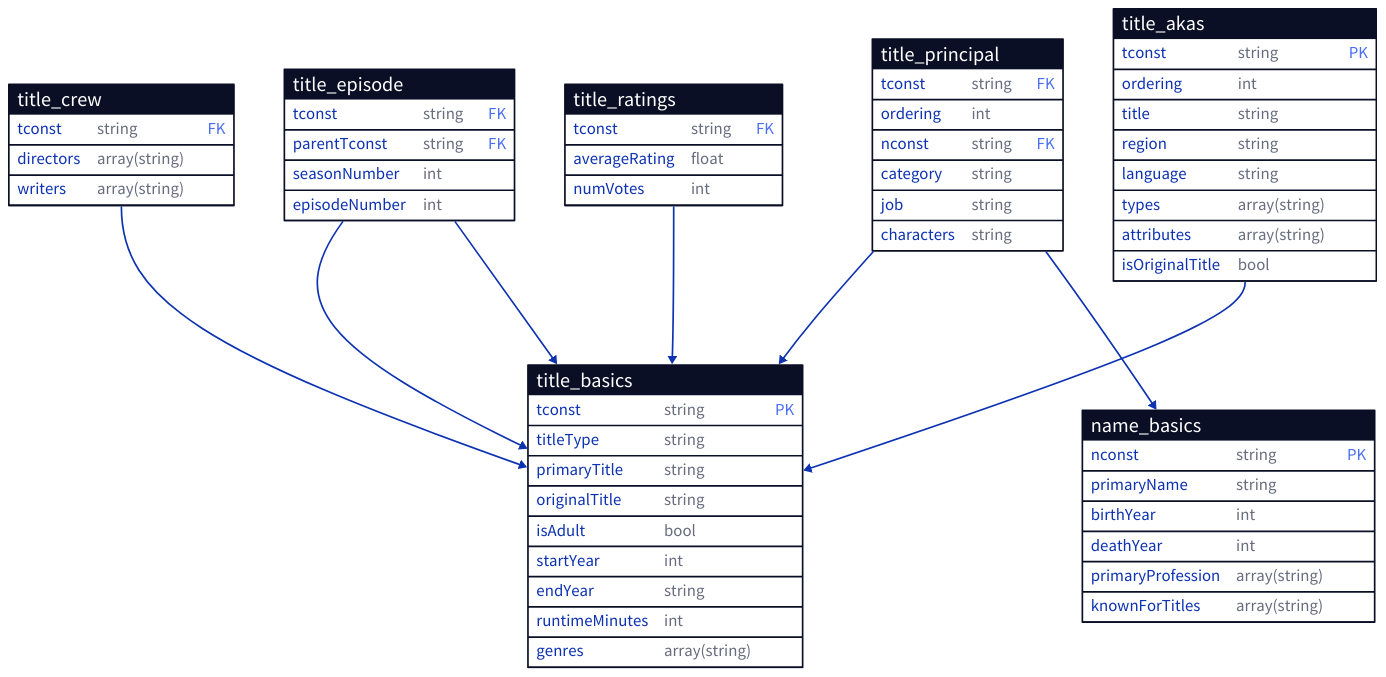
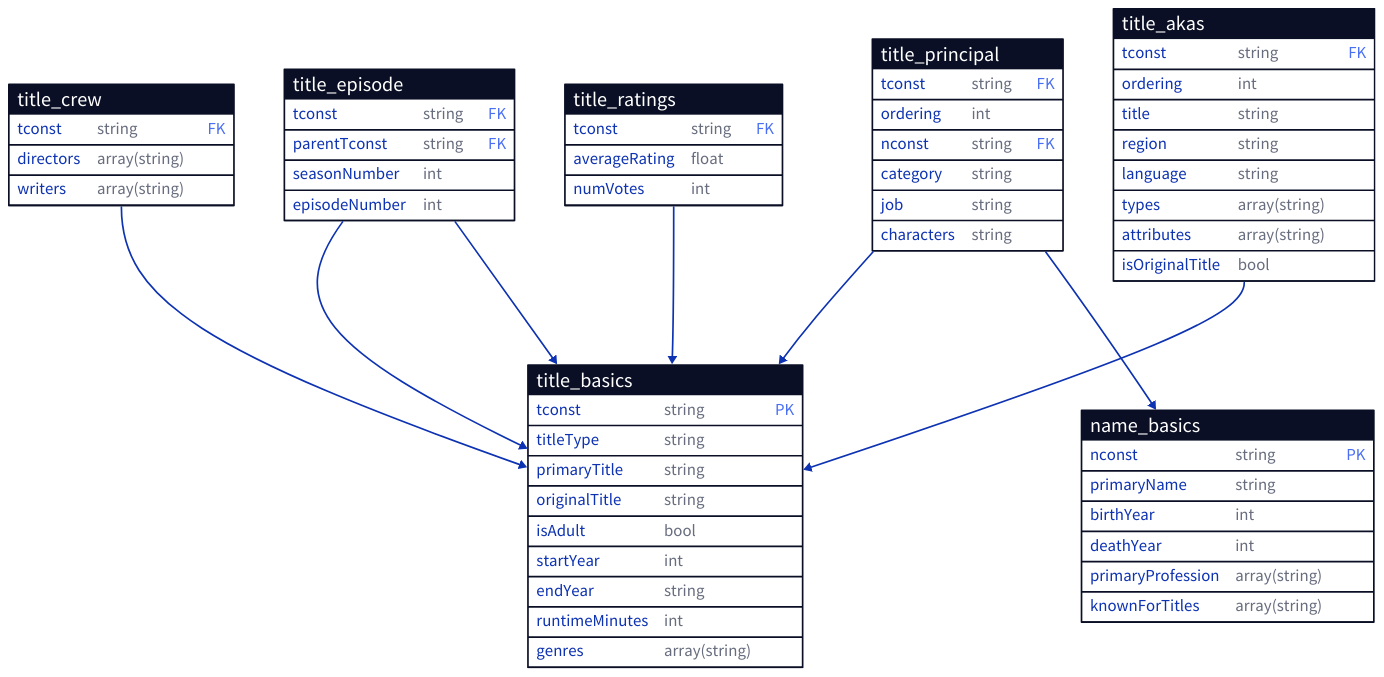
One commit to cenzwong/imdbws-erdigram changed the diagram in imdb.d2. Above: the diagram before and after it, drawn with D2. The commit also changed 6 other files, not shown here.

```diff
--- a/imdb.d2
+++ b/imdb.d2
@@ -1,75 +1,75 @@
 name_basics: {
   shape: sql_table
   nconst: string {constraint: primary_key}
   primaryName: string
   birthYear: int
   deathYear: int
   primaryProfession: array(string)
   knownForTitles: array(string)
 }
 
 title_akas: {
   shape: sql_table
-  tconst: string {constraint: primary_key}
+  tconst: string {constraint: foreign_key}
   ordering: int
   title: string
   region: string
   language: string
   types: array(string)
   attributes: array(string)
   isOriginalTitle: bool
 }
 
 title_basics: {
   shape: sql_table
   tconst: string {constraint: primary_key}
   titleType: string
   primaryTitle: string
   originalTitle: string
   isAdult: bool
   startYear: int
   endYear: string
   runtimeMinutes: int
   genres: array(string)
 }
 
 title_crew: {
   shape: sql_table
   tconst: string {constraint: foreign_key}
   directors: array(string)
   writers: array(string)
 }
 
 title_episode: {
   shape: sql_table
   tconst: string {constraint: foreign_key}
   parentTconst: string {constraint: foreign_key}
   seasonNumber: int
   episodeNumber: int
 }
 
 title_principal: {
   shape: sql_table
   tconst: string {constraint: foreign_key}
   ordering: int
   nconst: string {constraint: foreign_key}
   category: string
   job: string
   characters: string
 }
 
 title_ratings: {
   shape: sql_table
   tconst: string {constraint: foreign_key}
   averageRating: float
   numVotes: int
 }
 
 # Connection
 title_crew.tconst -> title_basics.tconst
 title_episode.tconst -> title_basics.tconst
 title_episode.parentTconst -> title_basics.tconst
 title_principal.tconst -> title_basics.tconst
 title_ratings.tconst -> title_basics.tconst
 title_akas.tconst -> title_basics.tconst
 title_principal.nconst -> name_basics.nconst
```
